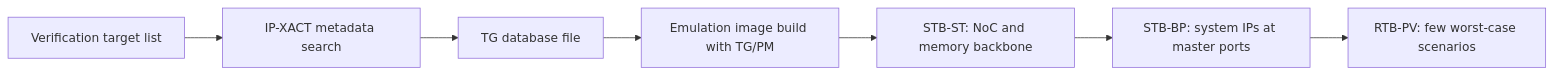
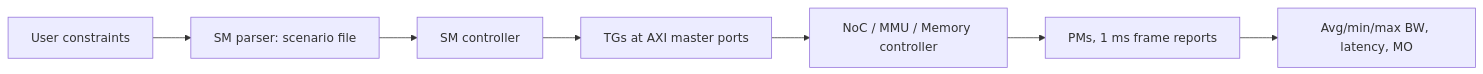
One commit to nemo99007/yt-paper changed the diagram in docs/papers/ref-20261018-c74a-synthetic-traffic-based-soc-performance-verification-methodo.md. Above: the diagram before and after it, drawn with Mermaid. The commit also changed other lines of this file and 172 other files, not shown here.

````diff
--- a/docs/papers/ref-20261018-c74a-synthetic-traffic-based-soc-performance-verification-methodo.md
+++ b/docs/papers/ref-20261018-c74a-synthetic-traffic-based-soc-performance-verification-methodo.md
@@ -277,9 +237,9 @@
 ```mermaid
 flowchart LR
-    A[Verification target list] --> B[IP-XACT metadata search]
-    B --> C[TG database file]
-    C --> D[Emulation image build with TG/PM]
-    D --> E[STB-ST: NoC and memory backbone]
-    E --> F[STB-BP: system IPs at master ports]
-    F --> G[RTB-PV: few worst-case scenarios]
+  A[User constraints] --> B[SM parser: scenario file]
+  B --> C[SM controller]
+  C --> D[TGs at AXI master ports]
+  D --> E[NoC / MMU / Memory controller]
+  E --> F[PMs, 1 ms frame reports]
+  F --> G[Avg/min/max BW, latency, MO]
 ```
````
